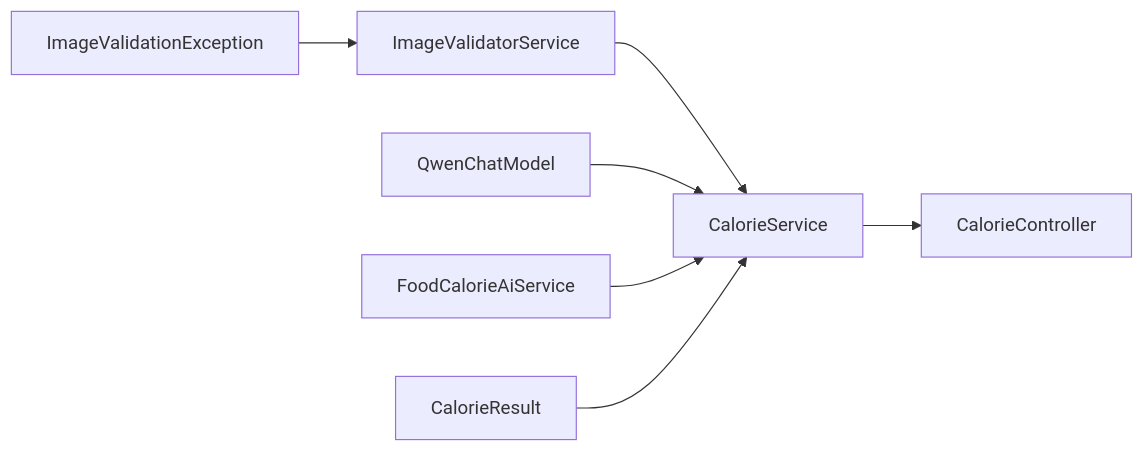
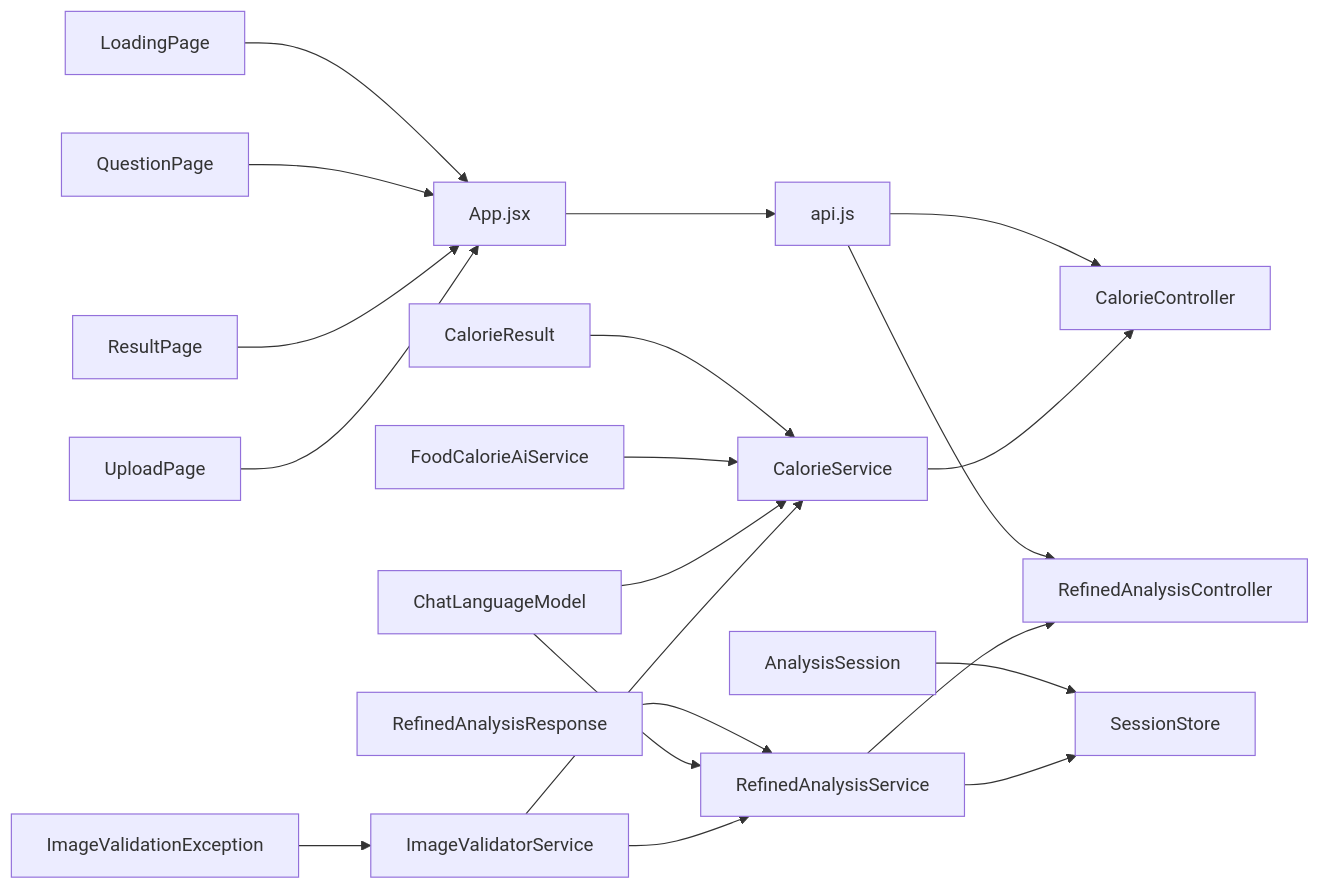
The third of 3 diagrams in .qoder/repowiki/en/content/Testing Strategy.md (Meng-hh/heat_calculate), drawn with Mermaid before and after one commit. The commit also changed other lines of this file and 25 other files, not shown here.

````diff
--- a/.qoder/repowiki/en/content/Testing Strategy.md
+++ b/.qoder/repowiki/en/content/Testing Strategy.md
@@ -243,9 +574,22 @@
 ```mermaid
 graph LR
 Validator["ImageValidatorService"] --> Service["CalorieService"]
+Validator --> RefinedService["RefinedAnalysisService"]
 Service --> Controller["CalorieController"]
-AI["QwenChatModel"] --> Service
+RefinedService --> RefinedController["RefinedAnalysisController"]
+RefinedService --> Session["SessionStore"]
+AI["ChatLanguageModel"] --> Service
+AI --> RefinedService
 AIIntf["FoodCalorieAiService"] --> Service
 Ex["ImageValidationException"] --> Validator
 Result["CalorieResult"] --> Service
+RefinedResp["RefinedAnalysisResponse"] --> RefinedService
+SessionModel["AnalysisSession"] --> Session
+App["App.jsx"] --> Api["api.js"]
+Upload["UploadPage"] --> App
+ResultComp["ResultPage"] --> App
+Question["QuestionPage"] --> App
+Loading["LoadingPage"] --> App
+Api --> RefinedController
+Api --> Controller
 ```
````
